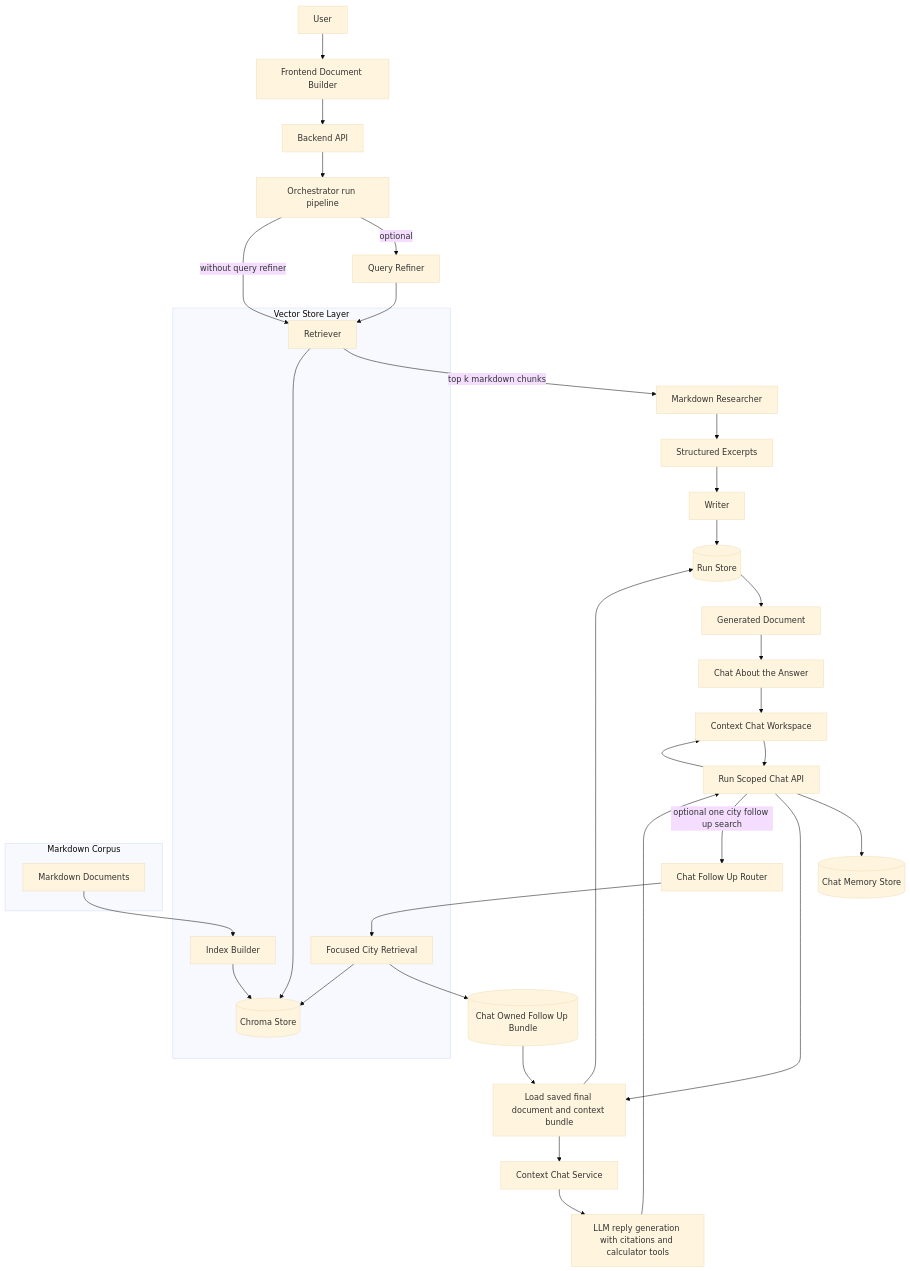
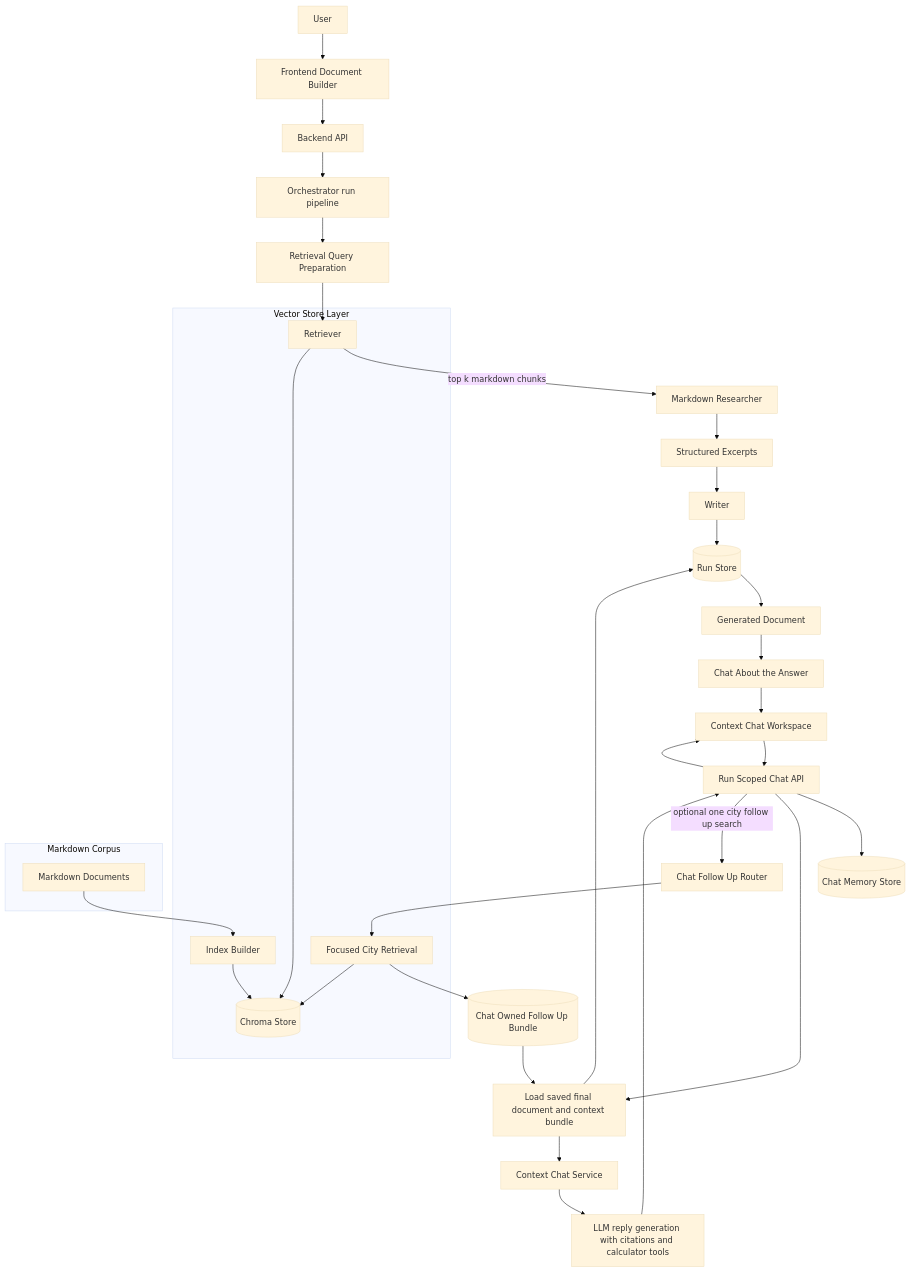
Before and after one commit to Open-Earth-Foundation/Query_mechanism_urbind: the diagram in target-architecture.md, drawn with Mermaid (base theme). The commit also changed 20 other files, not shown here.

````diff
--- a/target-architecture.md
+++ b/target-architecture.md
@@ -1,46 +1,45 @@
 ```mermaid
 flowchart TD
   U[User] --> FE[Frontend Document Builder]
   FE --> API[Backend API]
   API --> ORCH[Orchestrator run pipeline]
 
-  ORCH -->|optional| QR[Query Refiner]
-  QR --> RET[Retriever]
-  ORCH -->|without query refiner| RET
+  ORCH --> QP[Retrieval Query Preparation]
+  QP --> RET[Retriever]
 
   RET -->|top k markdown chunks| MR[Markdown Researcher]
   MR --> EX[Structured Excerpts]
   EX --> WR[Writer]
   WR --> RUN[(Run Store)]
   RUN --> OUT[Generated Document]
 
   OUT --> CHATBTN[Chat About the Answer]
   CHATBTN --> CHATUI[Context Chat Workspace]
   CHATUI --> CHATAPI[Run Scoped Chat API]
   CHATAPI --> MEM[(Chat Memory Store)]
   CHATAPI --> LOAD[Load saved final document and context bundle]
   LOAD --> RUN
   LOAD --> CHATSRV[Context Chat Service]
   CHATSRV --> LLM[LLM reply generation with citations and calculator tools]
   LLM --> CHATAPI
   CHATAPI --> CHATUI
 
   CHATAPI -->|optional one city follow up search| FROUTE[Chat Follow Up Router]
   FROUTE --> FRET[Focused City Retrieval]
   FRET --> FB[(Chat Owned Follow Up Bundle)]
   FB --> LOAD
 
   subgraph VS[Vector Store Layer]
     IDX[Index Builder]
     CH[(Chroma Store)]
     IDX --> CH
     RET --> CH
     FRET --> CH
   end
 
   subgraph DOCS[Markdown Corpus]
     MD[Markdown Documents]
   end
 
   MD --> IDX
 ```
````
